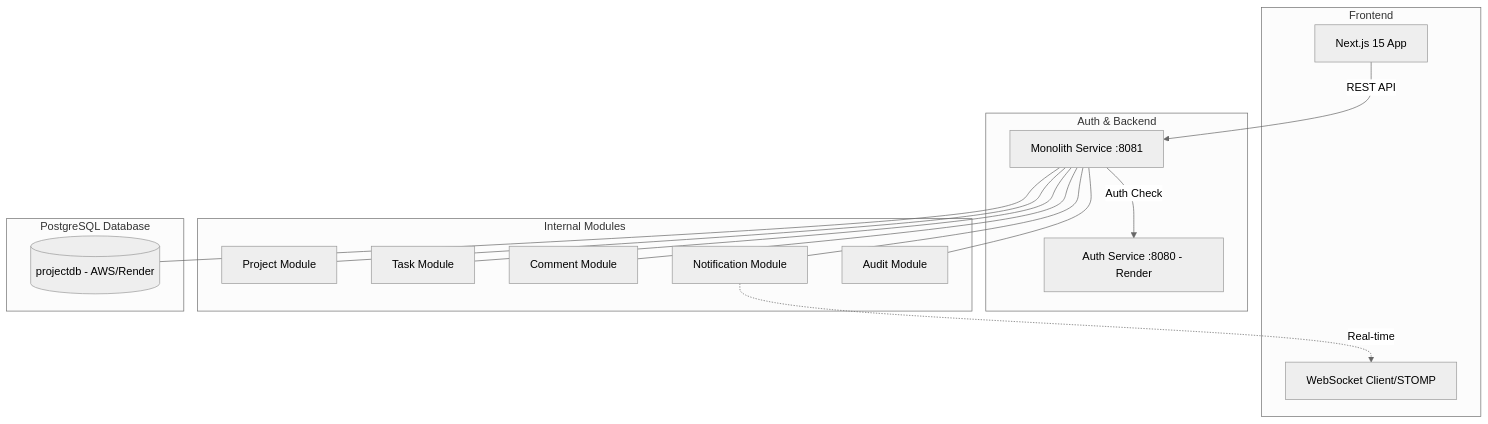
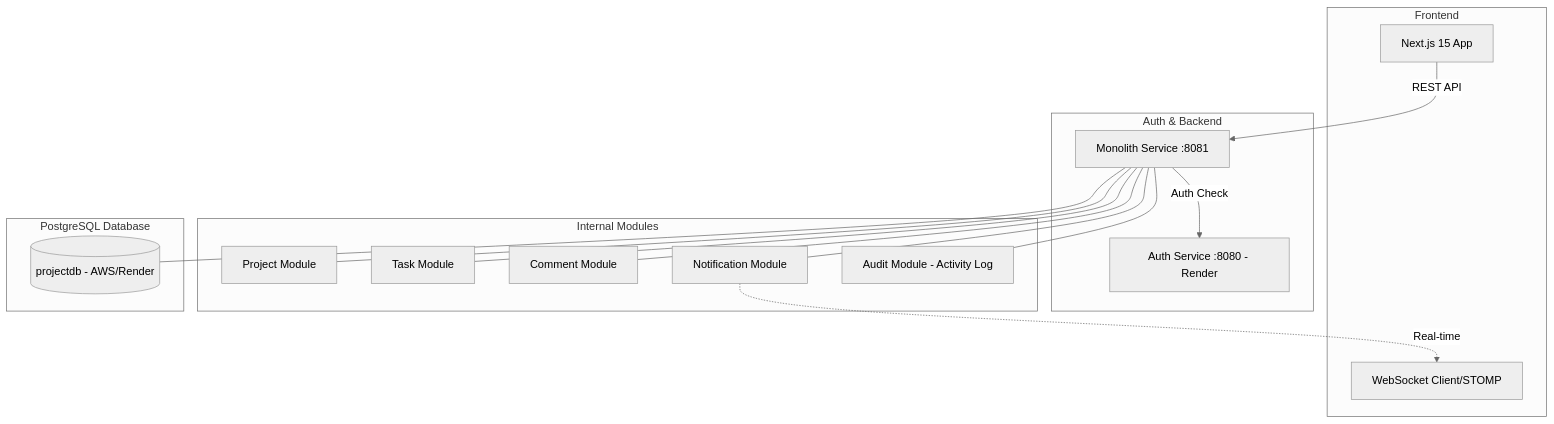
The diagram in README.md (Hikaru203/project-manager), drawn with Mermaid (neutral theme) before and after one commit. The commit also changed other lines of this file, not shown here.

Commit message:
[Docs] Update README with activity log and task status fixes

````diff
--- a/README.md
+++ b/README.md
@@ -11,37 +11,37 @@
 ```mermaid
 graph TD
     subgraph Client_Side [Frontend]
         FE[Next.js 15 App]
         WS_Client[WebSocket Client/STOMP]
     end
 
     subgraph Infrastructure [Auth & Backend]
         AUTH[Auth Service :8080 - Render]
         MONO[Monolith Service :8081]
     end
 
     subgraph Monolith_Components [Internal Modules]
         PS[Project Module]
         TS[Task Module]
         CS[Comment Module]
         NS[Notification Module]
-        AS[Audit Module]
+        AS[Audit Module - Activity Log]
     end
 
     subgraph Storage [PostgreSQL Database]
         DB_P[(projectdb - AWS/Render)]
     end
 
     FE -->|REST API| MONO
     MONO -->|Auth Check| AUTH
     
     MONO --- PS
     MONO --- TS
     MONO --- CS
     MONO --- NS
     MONO --- AS
 
     NS -.->|Real-time| WS_Client
     
     MONO --- DB_P
 ```
````
